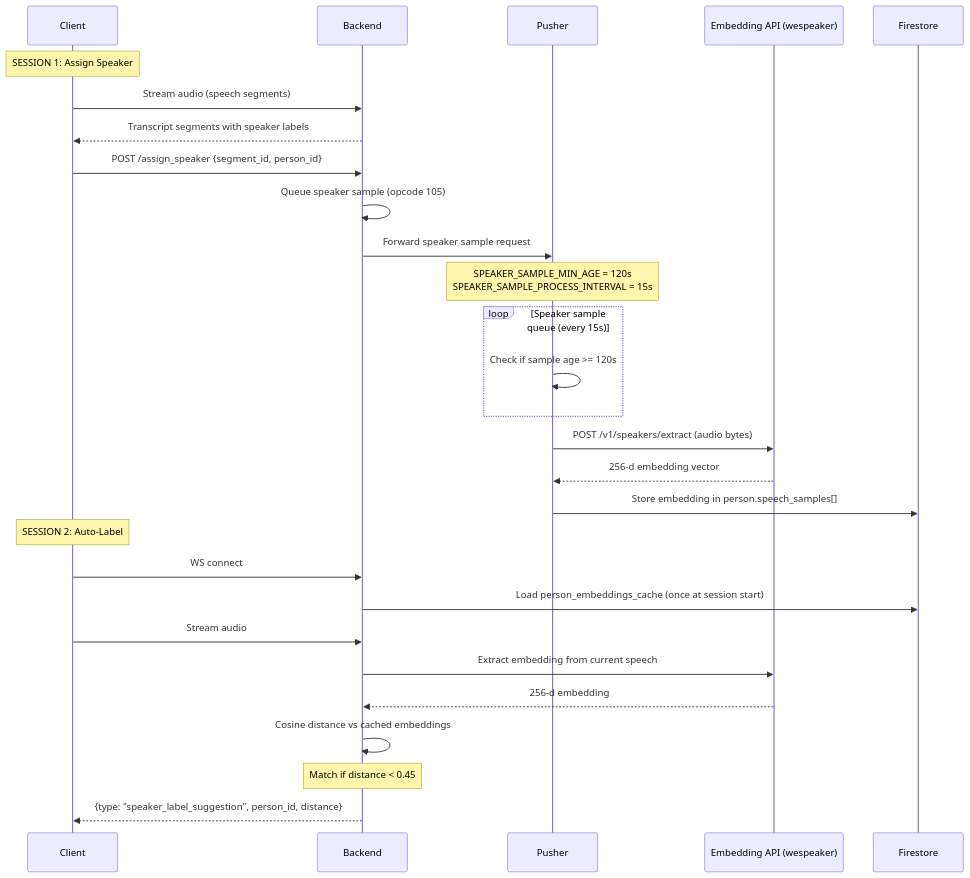
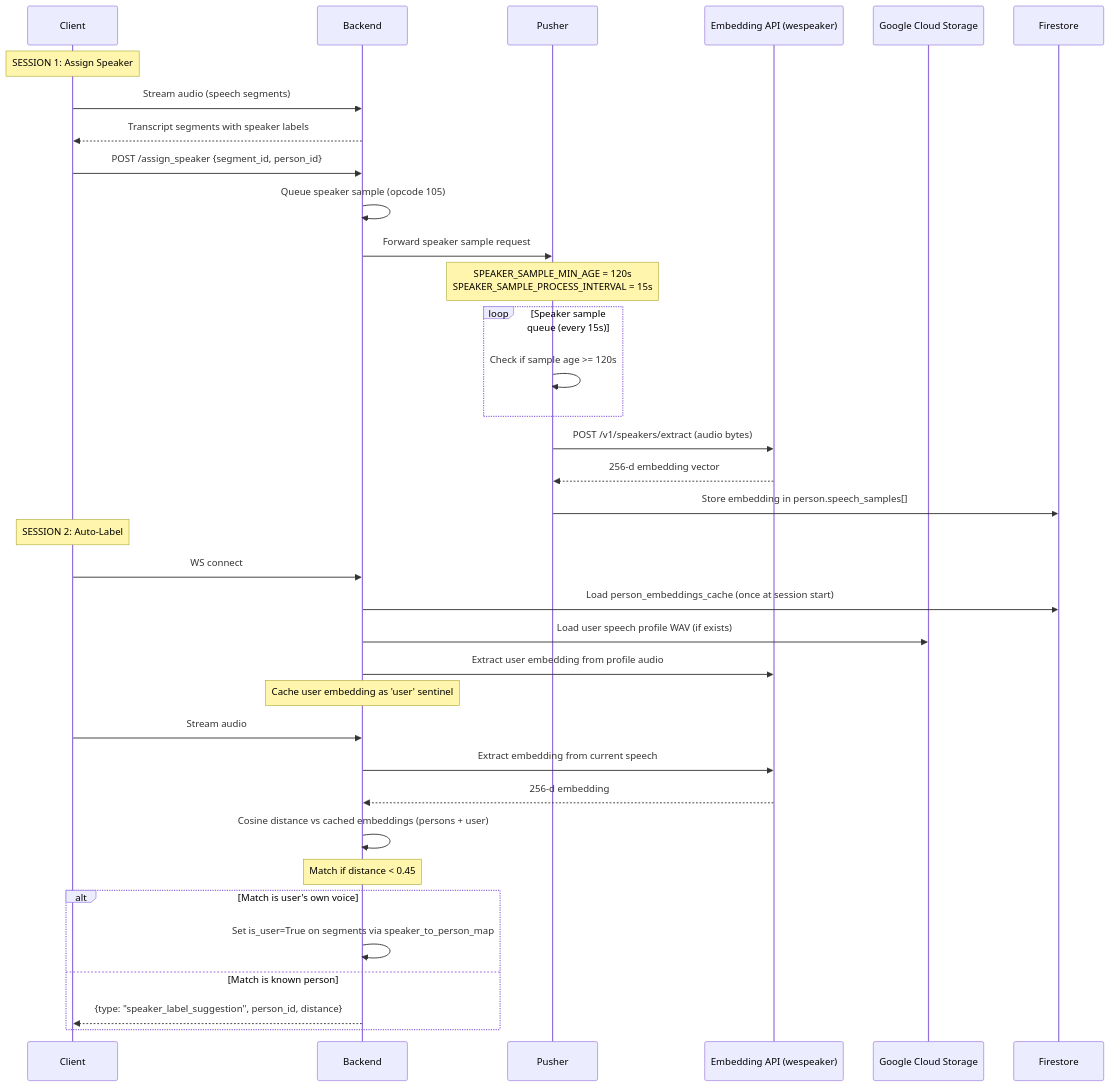
The fifth of 6 diagrams in docs/doc/developer/backend/listen_pusher_pipeline.mdx (DG303/omi), drawn with Mermaid before and after one commit. The commit also changed other lines of this file, not shown here.

Commit message:
Update listen_pusher_pipeline.mdx with speaker embedding user identification
Add user speech profile embedding loading and user-vs-person matching
branching to the Speaker ID Lifecycle diagram.

````diff
--- a/docs/doc/developer/backend/listen_pusher_pipeline.mdx
+++ b/docs/doc/developer/backend/listen_pusher_pipeline.mdx
@@ -158,37 +159,45 @@
 ```mermaid
 sequenceDiagram
     participant Client
     participant Backend as Backend
     participant Pusher
     participant EmbeddingAPI as Embedding API (wespeaker)
+    participant GCS as Google Cloud Storage
     participant Firestore
 
     Note over Client: SESSION 1: Assign Speaker
 
     Client->>Backend: Stream audio (speech segments)
     Backend-->>Client: Transcript segments with speaker labels
     Client->>Backend: POST /assign_speaker {segment_id, person_id}
     Backend->>Backend: Queue speaker sample (opcode 105)
     Backend->>Pusher: Forward speaker sample request
 
     Note over Pusher: SPEAKER_SAMPLE_MIN_AGE = 120s<br/>SPEAKER_SAMPLE_PROCESS_INTERVAL = 15s
 
     loop Speaker sample queue (every 15s)
         Pusher->>Pusher: Check if sample age >= 120s
     end
 
     Pusher->>EmbeddingAPI: POST /v1/speakers/extract (audio bytes)
     EmbeddingAPI-->>Pusher: 256-d embedding vector
     Pusher->>Firestore: Store embedding in person.speech_samples[]
 
     Note over Client: SESSION 2: Auto-Label
 
     Client->>Backend: WS connect
     Backend->>Firestore: Load person_embeddings_cache (once at session start)
+    Backend->>GCS: Load user speech profile WAV (if exists)
+    Backend->>EmbeddingAPI: Extract user embedding from profile audio
+    Note over Backend: Cache user embedding as 'user' sentinel
     Client->>Backend: Stream audio
     Backend->>EmbeddingAPI: Extract embedding from current speech
     EmbeddingAPI-->>Backend: 256-d embedding
-    Backend->>Backend: Cosine distance vs cached embeddings
+    Backend->>Backend: Cosine distance vs cached embeddings (persons + user)
     Note over Backend: Match if distance < 0.45
-    Backend-->>Client: {type: "speaker_label_suggestion", person_id, distance}
+    alt Match is user's own voice
+        Backend->>Backend: Set is_user=True on segments via speaker_to_person_map
+    else Match is known person
+        Backend-->>Client: {type: "speaker_label_suggestion", person_id, distance}
+    end
 ```
````
